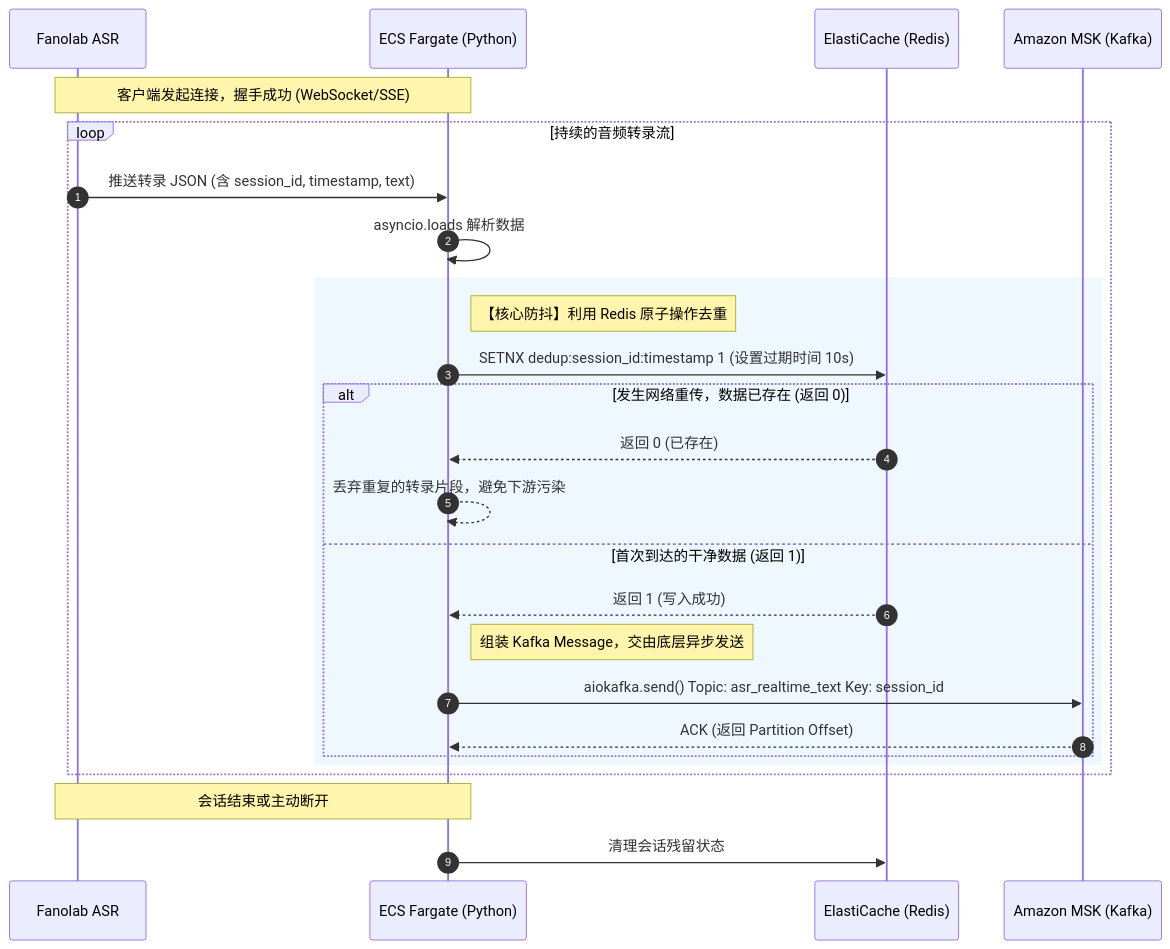
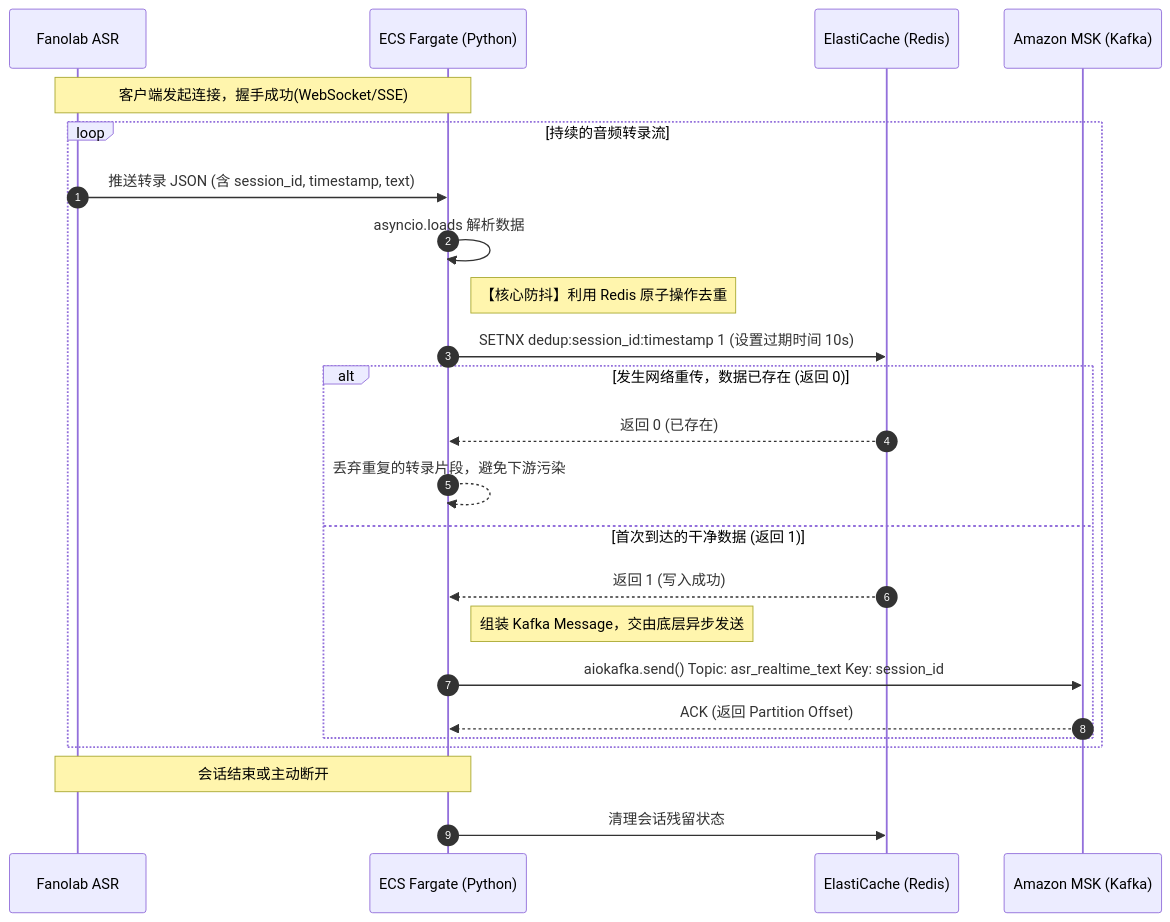
Before and after one commit to xiaodouya001/transcribe_service: the second of 3 diagrams in 实时 ASR 转录接入与分发系统设计报告.md, drawn with Mermaid. The commit also changed other lines of this file, not shown here.

Commit message:
Refactor ASR architecture documentation by removing redundant style definitions and improving note formatting in sequence diagram.

````diff
--- a/实时 ASR 转录接入与分发系统设计报告.md
+++ b/实时 ASR 转录接入与分发系统设计报告.md
@@ -48,33 +43,31 @@
 ```mermaid
 sequenceDiagram
     autonumber
     participant Fanolab as Fanolab ASR
     participant App as ECS Fargate (Python)
     participant Redis as ElastiCache (Redis)
     participant MSK as Amazon MSK (Kafka)
 
-    Note over Fanolab, App: 客户端发起连接，握手成功 (WebSocket/SSE)
+    Note over Fanolab, App: 客户端发起连接，握手成功(WebSocket/SSE)
 
     loop 持续的音频转录流
         Fanolab->>App: 推送转录 JSON (含 session_id, timestamp, text)
         App->>App: asyncio.loads 解析数据
 
-        rect rgb(240, 248, 255)
-            Note right of App: 【核心防抖】利用 Redis 原子操作去重
-            App->>Redis: SETNX dedup:session_id:timestamp 1 (设置过期时间 10s)
+        Note right of App: 【核心防抖】利用 Redis 原子操作去重
+        App->>Redis: SETNX dedup:session_id:timestamp 1 (设置过期时间 10s)
 
-            alt 发生网络重传，数据已存在 (返回 0)
-                Redis-->>App: 返回 0 (已存在)
-                App-->>App: 丢弃重复的转录片段，避免下游污染
-            else 首次到达的干净数据 (返回 1)
-                Redis-->>App: 返回 1 (写入成功)
-                Note right of App: 组装 Kafka Message，交由底层异步发送
-                App->>MSK: aiokafka.send() Topic: asr_realtime_text Key: session_id
-                MSK-->>App: ACK (返回 Partition Offset)
-            end
+        alt 发生网络重传，数据已存在 (返回 0)
+            Redis-->>App: 返回 0 (已存在)
+            App-->>App: 丢弃重复的转录片段，避免下游污染
+        else 首次到达的干净数据 (返回 1)
+            Redis-->>App: 返回 1 (写入成功)
+            Note right of App: 组装 Kafka Message，交由底层异步发送
+            App->>MSK: aiokafka.send() Topic: asr_realtime_text Key: session_id
+            MSK-->>App: ACK (返回 Partition Offset)
         end
     end
 
     Note over Fanolab, App: 会话结束或主动断开
     App->>Redis: 清理会话残留状态
 ```
````
